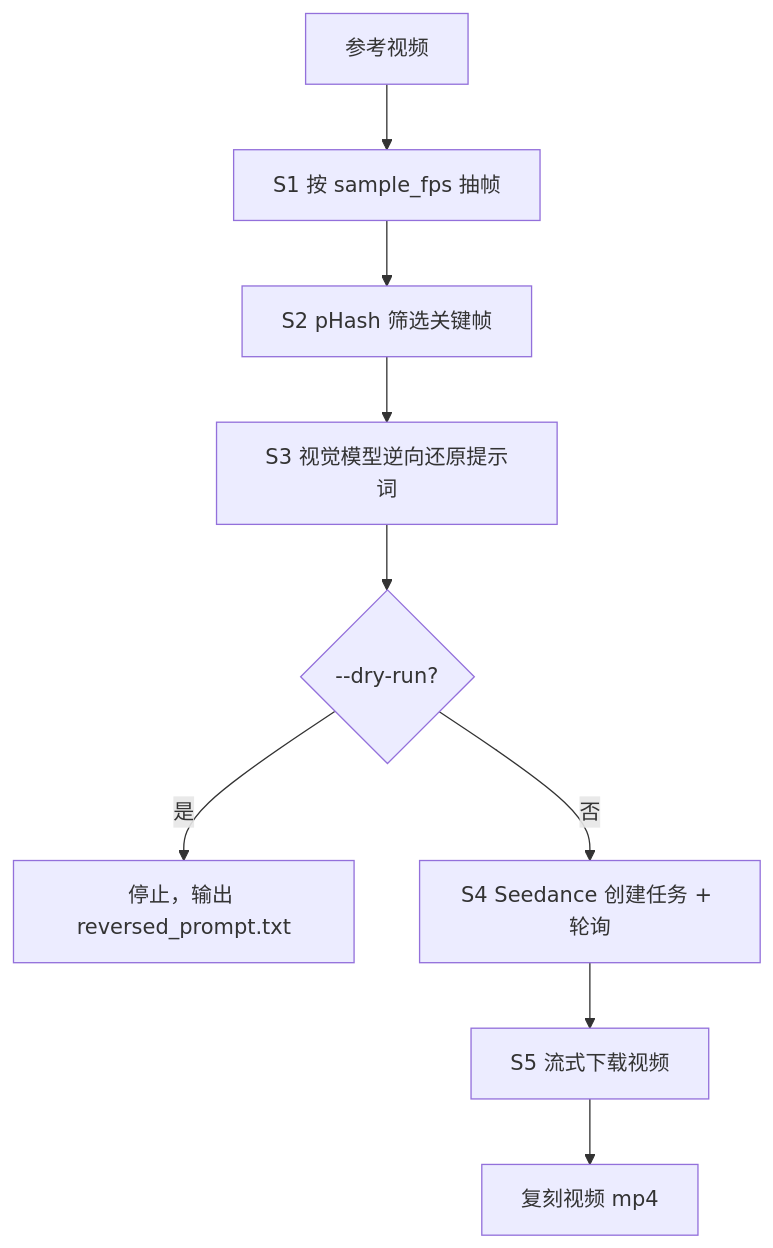
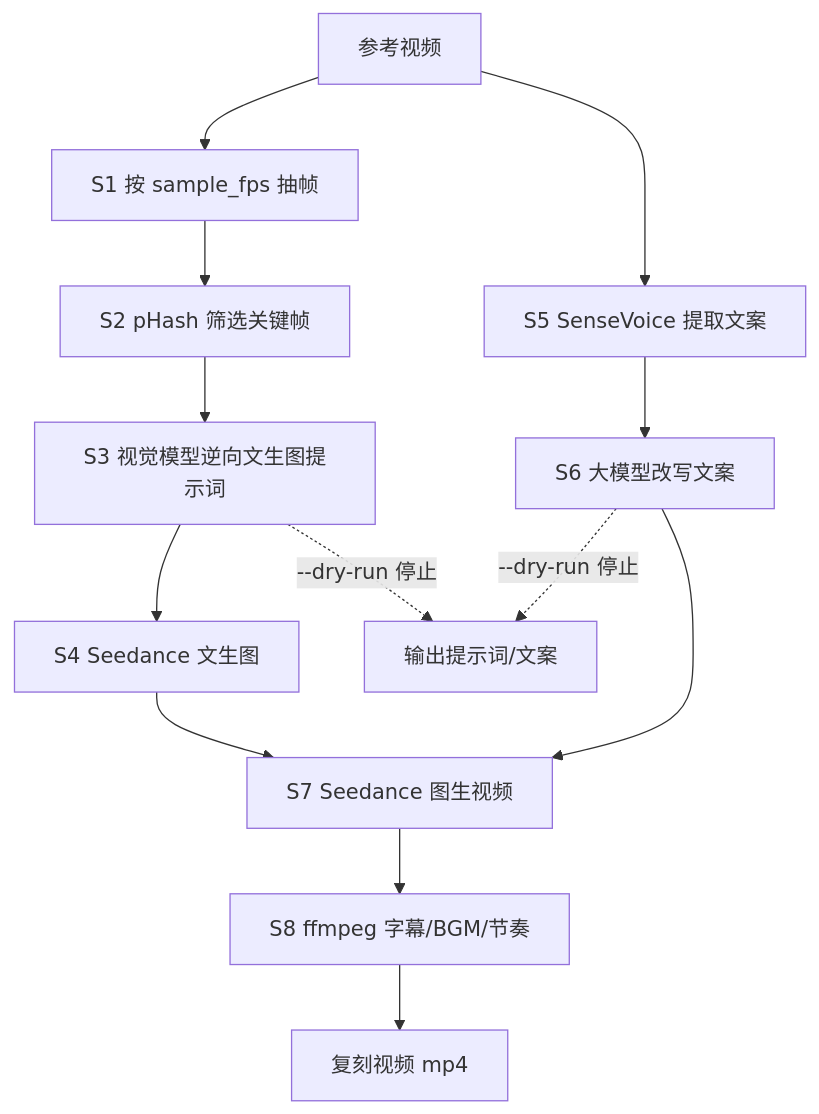
One commit to DracoUnion/BookerAutoVideo changed the diagram in doc/copy.md. Above: the diagram before and after it, drawn with Mermaid. The commit also changed other lines of this file and 6 other files, not shown here.

````diff
--- a/doc/copy.md
+++ b/doc/copy.md
@@ -15,11 +16,15 @@
 ```mermaid
 flowchart TD
     A[参考视频] --> B[S1 按 sample_fps 抽帧]
     B --> C[S2 pHash 筛选关键帧]
-    C --> D[S3 视觉模型逆向还原提示词]
-    D --> E{--dry-run?}
-    E -- 是 --> F[停止，输出 reversed_prompt.txt]
-    E -- 否 --> G[S4 Seedance 创建任务 + 轮询]
-    G --> H[S5 流式下载视频]
-    H --> I[复刻视频 mp4]
+    C --> D[S3 视觉模型逆向文生图提示词]
+    D --> E[S4 Seedance 文生图]
+    A --> F[S5 SenseVoice 提取文案]
+    F --> G[S6 大模型改写文案]
+    E --> H[S7 Seedance 图生视频]
+    G --> H
+    H --> I[S8 ffmpeg 字幕/BGM/节奏]
+    I --> J[复刻视频 mp4]
+    D -. --dry-run 停止 .-> K[输出提示词/文案]
+    G -. --dry-run 停止 .-> K
 ```
````
